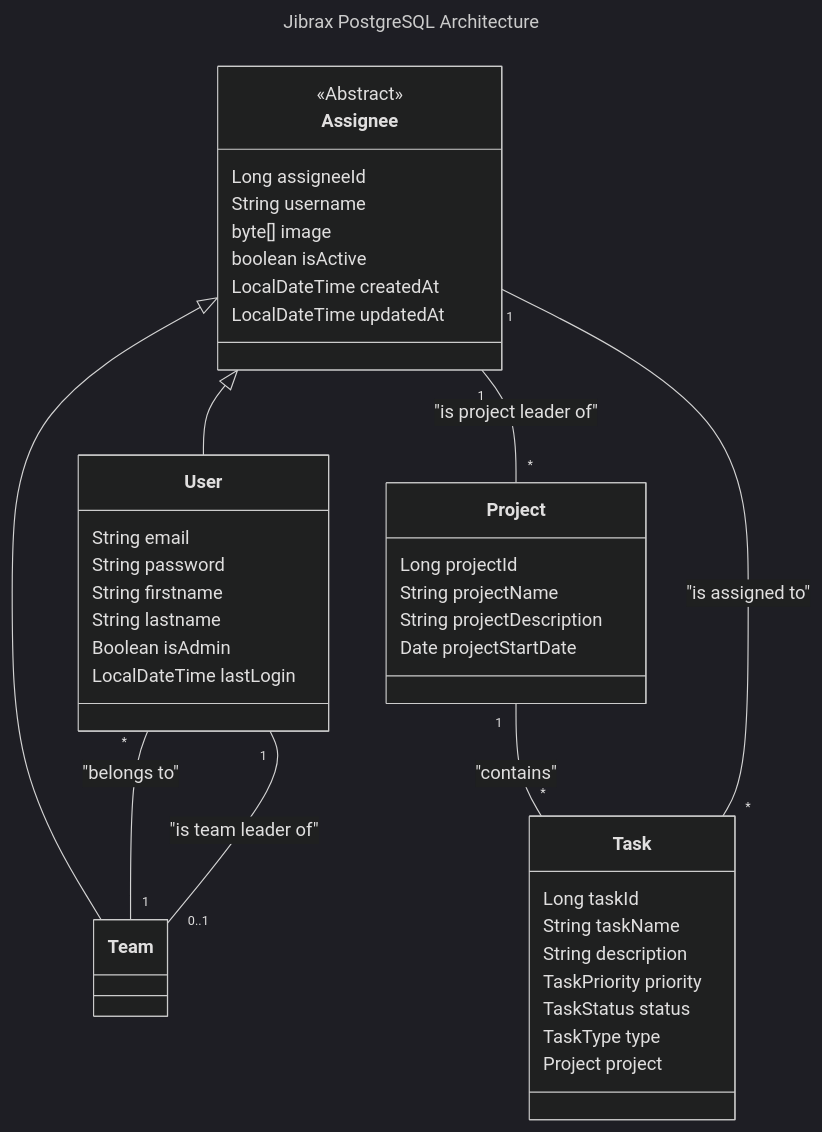
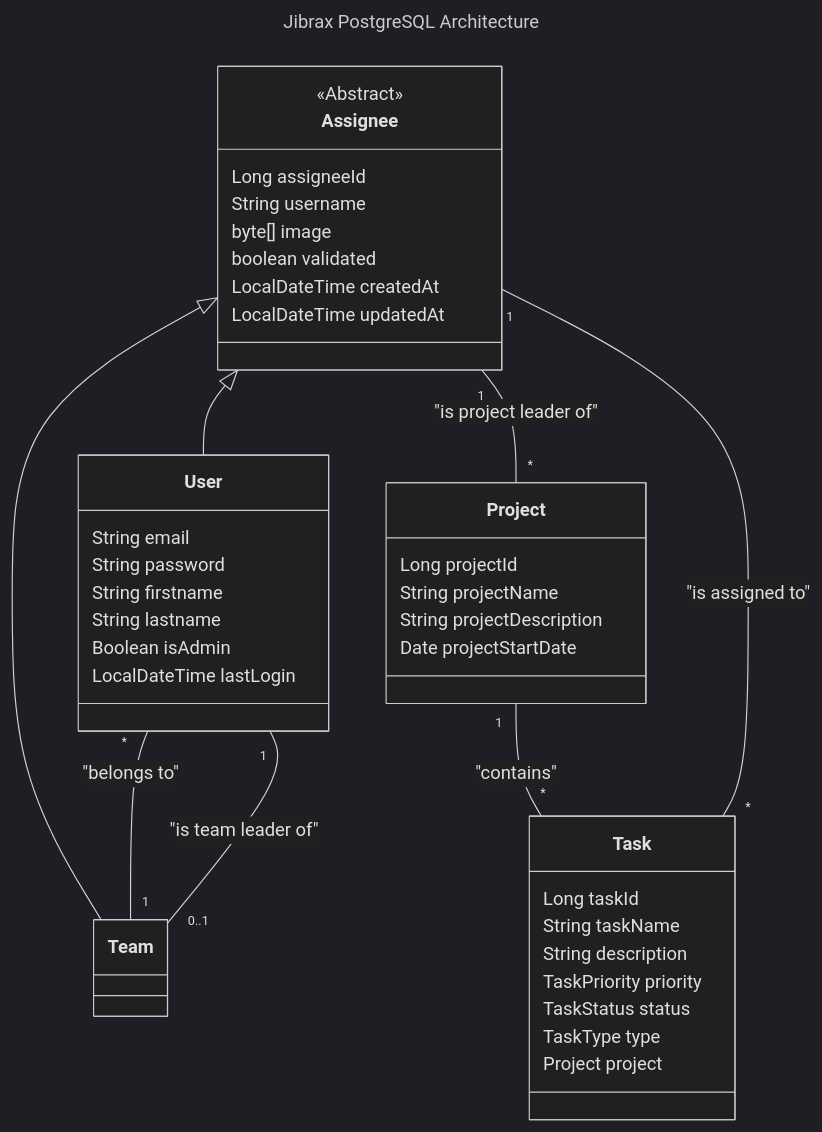
Before and after one commit to theoduluard/Jibrax-API: the diagram in README.md, drawn with Mermaid (dark theme). The commit also changed other lines of this file and 27 other files, not shown here.

````diff
--- a/README.md
+++ b/README.md
@@ -74,54 +74,54 @@
 ```mermaid
 ---
 title: Jibrax PostgreSQL Architecture
 ---
 classDiagram
     Assignee <|-- User
     Assignee <|-- Team
 
     User "*" -- "1" Team : "belongs to"
     Assignee "1" -- "*" Project : "is project leader of"
     Project "1" -- "*" Task : "contains"
     Task "*" -- "1" Assignee : "is assigned to"
     User "1" -- "0..1" Team : "is team leader of"
     
     class Assignee {
         Long assigneeId
         String username
         byte[] image
-        boolean isActive
+        boolean validated
         LocalDateTime createdAt
         LocalDateTime updatedAt
     }
 
     class User{
         String email
         String password
         String firstname
         String lastname
         Boolean isAdmin
         LocalDateTime lastLogin
     }
 
     class Team{
     }
 
     class Project{
         Long projectId
         String projectName
         String projectDescription
         Date projectStartDate
     }
     
     class Task{
         Long taskId
         String taskName
         String description
         TaskPriority priority
         TaskStatus status
         TaskType type
         Project project
     }
     
     <<Abstract>> Assignee
 ```
````
